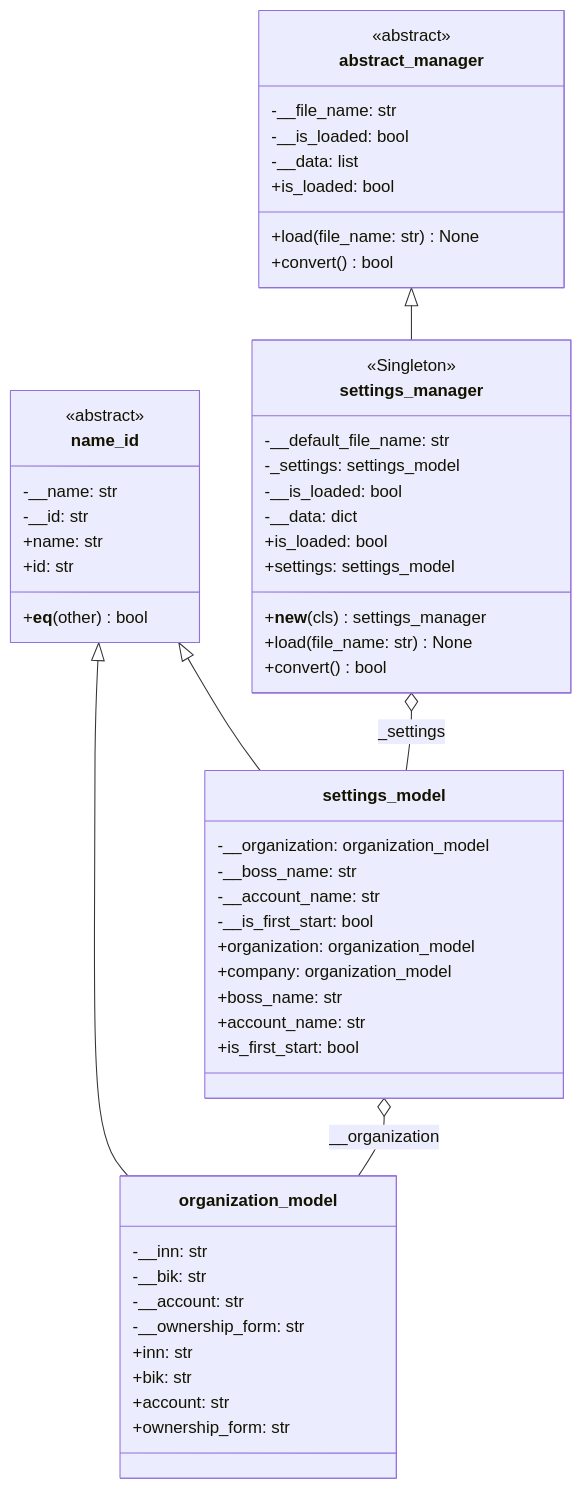
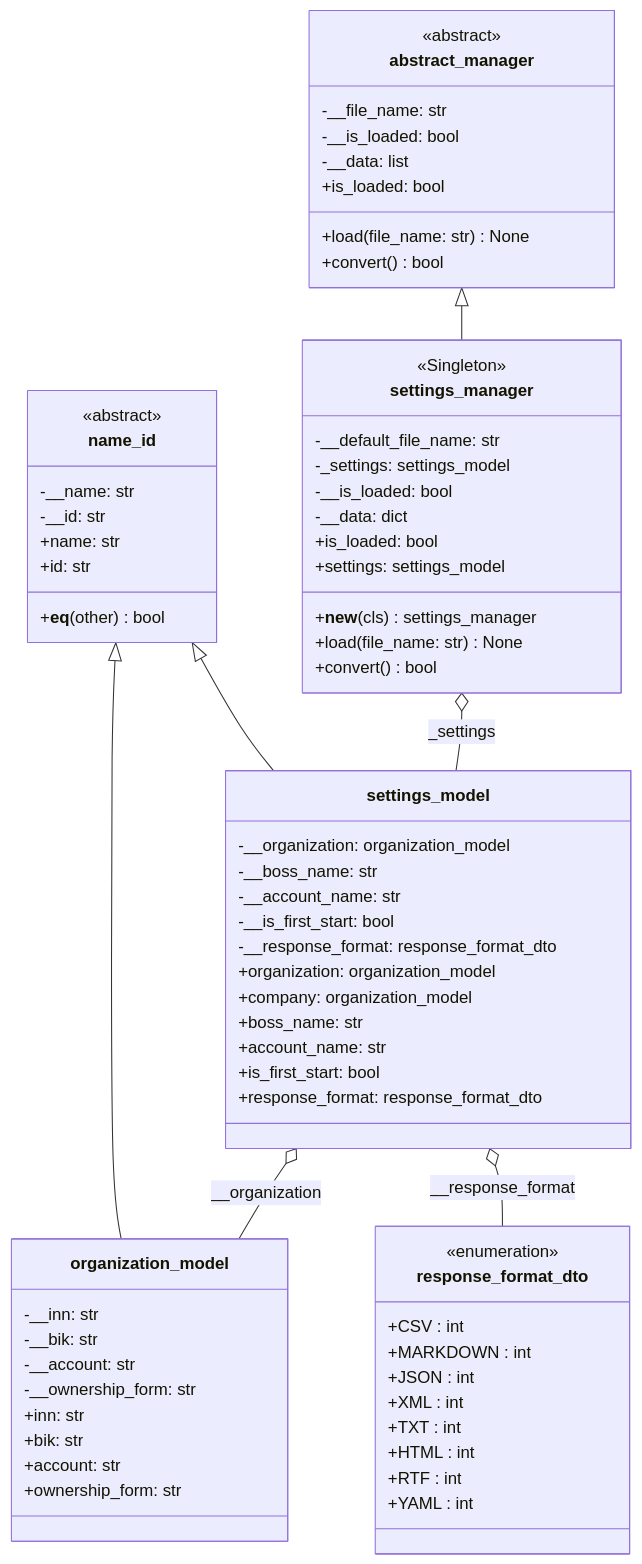
Before and after one commit to Turik06/Patterns_Suleymanov: the diagram in Docs/SettingsManager.md, drawn with Mermaid. The commit also changed 2 other files, not shown here.

Commit message:
add ReportFactory UML diagrams and update architecture

````diff
--- a/Docs/SettingsManager.md
+++ b/Docs/SettingsManager.md
@@ -3,66 +3,81 @@
 ```mermaid
 classDiagram
     direction TB
 
     class abstract_manager {
         <<abstract>>
         -__file_name: str
         -__is_loaded: bool
         -__data: list
         +load(file_name: str) None
         +convert() bool
         +is_loaded: bool
     }
 
     class settings_manager {
         <<Singleton>>
         -__default_file_name: str
         -_settings: settings_model
         -__is_loaded: bool
         -__data: dict
         +__new__(cls) settings_manager
         +load(file_name: str) None
         +convert() bool
         +is_loaded: bool
         +settings: settings_model
     }
 
     class settings_model {
         -__organization: organization_model
         -__boss_name: str
         -__account_name: str
         -__is_first_start: bool
+        -__response_format: response_format_dto
         +organization: organization_model
         +company: organization_model
         +boss_name: str
         +account_name: str
         +is_first_start: bool
+        +response_format: response_format_dto
+    }
+
+    class response_format_dto {
+        <<enumeration>>
+        +CSV : int
+        +MARKDOWN : int
+        +JSON : int
+        +XML : int
+        +TXT : int
+        +HTML : int
+        +RTF : int
+        +YAML : int
     }
 
     class organization_model {
         -__inn: str
         -__bik: str
         -__account: str
         -__ownership_form: str
         +inn: str
         +bik: str
         +account: str
         +ownership_form: str
     }
 
     class name_id {
         <<abstract>>
         -__name: str
         -__id: str
         +name: str
         +id: str
         +__eq__(other) bool
     }
 
     name_id <|-- settings_model
     name_id <|-- organization_model
     abstract_manager <|-- settings_manager
 
     settings_manager o-- settings_model : _settings
     settings_model o-- organization_model : __organization
+    settings_model o-- response_format_dto : __response_format
 ```
````
